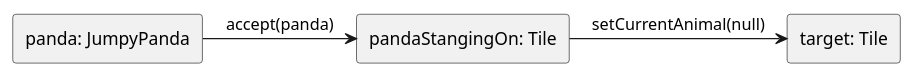
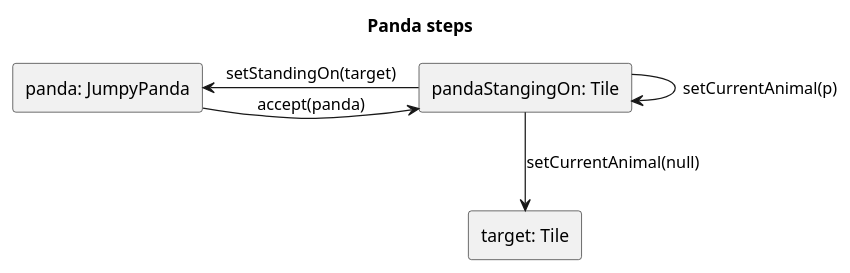
The diagram in diagrams/skeleton_usecases/CommunicationDiagram_PandaSteps.puml (bokovhu/software-project-laboratory-assignment), drawn with PlantUML before and after one commit. The commit also changed 6 other files, not shown here.

Commit message:
diagramok

```diff
--- a/diagrams/skeleton_usecases/CommunicationDiagram_PandaSteps.puml
+++ b/diagrams/skeleton_usecases/CommunicationDiagram_PandaSteps.puml
@@ -1,11 +1,15 @@
 @startuml
+
+title Panda steps
+
 skinparam linestyle ortho
 rectangle "panda: JumpyPanda" as p
 rectangle "target: Tile" as t1
 rectangle "pandaStangingOn: Tile" as t2
 
 p -right-> t2: accept(panda)
-t2-right->t1: setCurrentAnimal(null)
-
+t2-down->t1: setCurrentAnimal(null)
+t2-left->p: setStandingOn(target)
+t2->t2: setCurrentAnimal(p)
 
 @enduml
```
